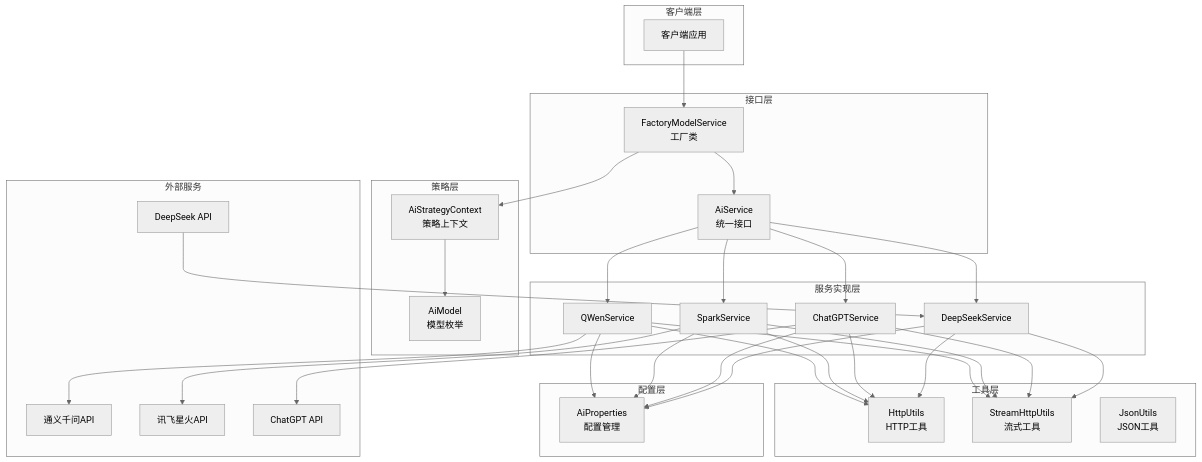
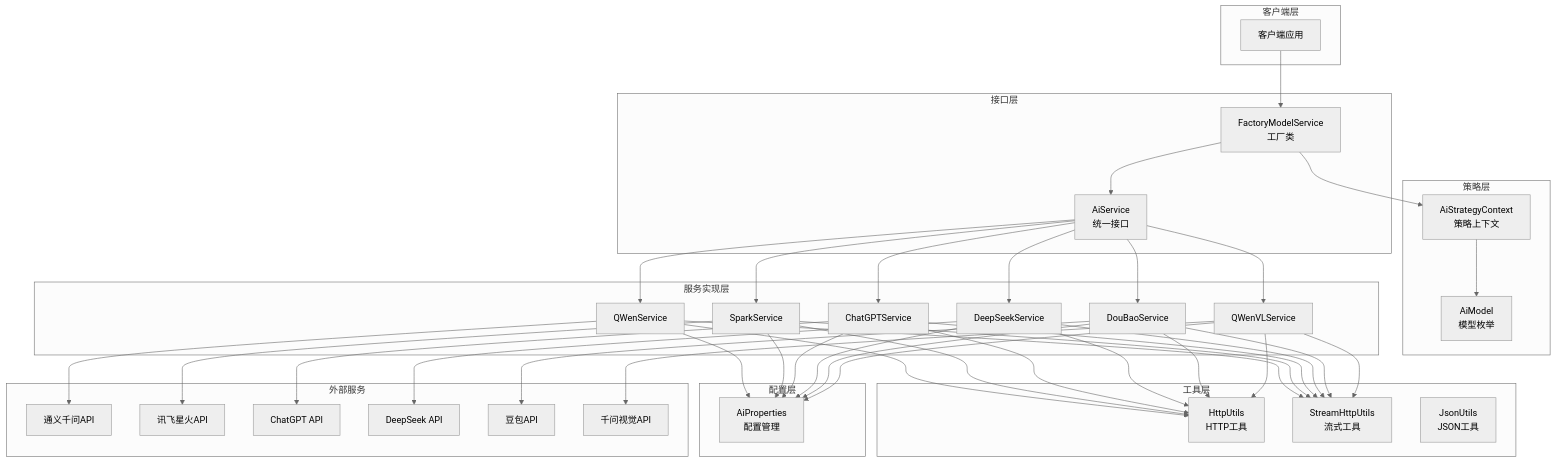
Before and after one commit to jeesoul/jeesoul-ai-model: the diagram in img/overall-architecture.md, drawn with Mermaid (neutral theme). The commit also changed 6 other files, not shown here.

````diff
--- a/img/overall-architecture.md
+++ b/img/overall-architecture.md
@@ -19,6 +19,8 @@
         Spark["SparkService"] 
         ChatGPT["ChatGPTService"]
         DeepSeek["DeepSeekService"]
+        DouBao["DouBaoService"]
+        QWenVL["QWenVLService"]
     end
     
     subgraph "工具层"
@@ -36,6 +38,8 @@
         SparkAPI["讯飞星火API"]
         ChatGPTAPI["ChatGPT API"]
         DeepSeekAPI["DeepSeek API"]
+        DouBaoAPI["豆包API"]
+        QWenVLAPI["千问视觉API"]
     end
     
     Client --> Factory
@@ -46,6 +50,8 @@
     Interface --> Spark
     Interface --> ChatGPT
     Interface --> DeepSeek
+    Interface --> DouBao
+    Interface --> QWenVL
     
     QWen --> HttpUtils
     QWen --> StreamUtils
@@ -65,5 +71,15 @@
     DeepSeek --> HttpUtils
     DeepSeek --> StreamUtils
     DeepSeek --> Config
-    DeepSeekAPI --> DeepSeek
+    DeepSeek --> DeepSeekAPI
+    
+    DouBao --> HttpUtils
+    DouBao --> StreamUtils
+    DouBao --> Config
+    DouBao --> DouBaoAPI
+    
+    QWenVL --> HttpUtils
+    QWenVL --> StreamUtils
+    QWenVL --> Config
+    QWenVL --> QWenVLAPI
 ``` 
````
